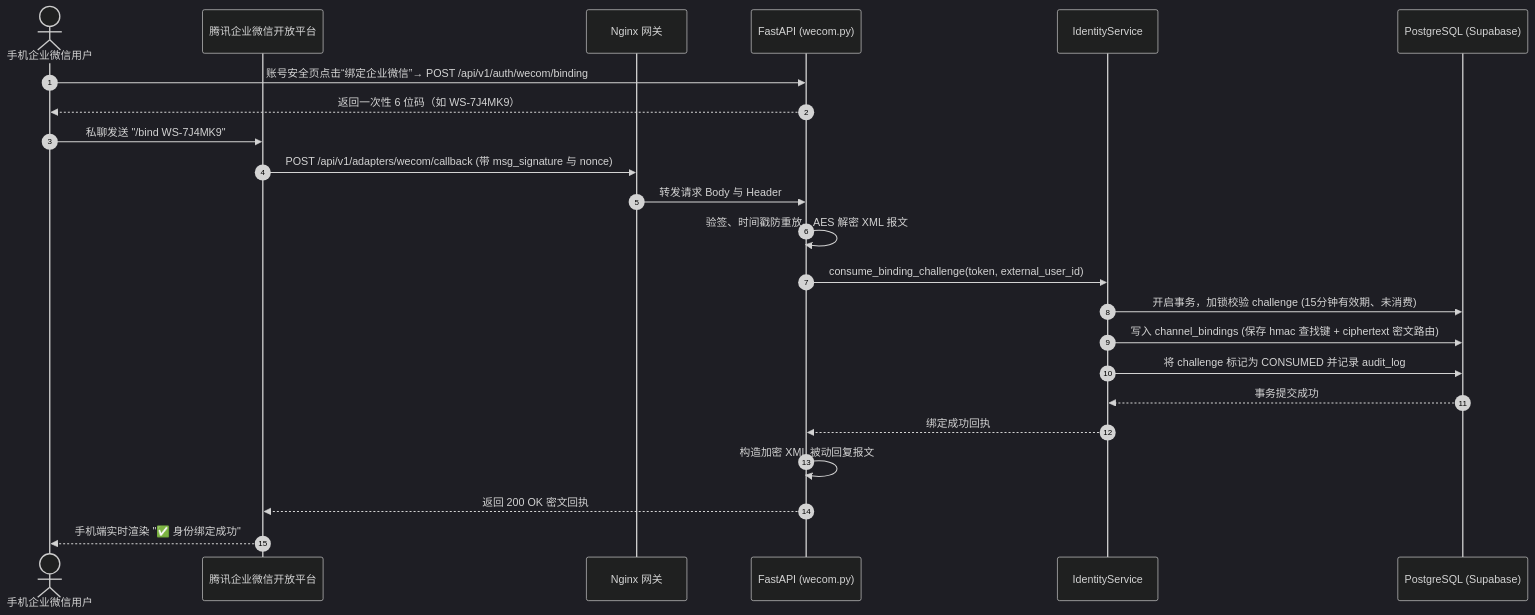
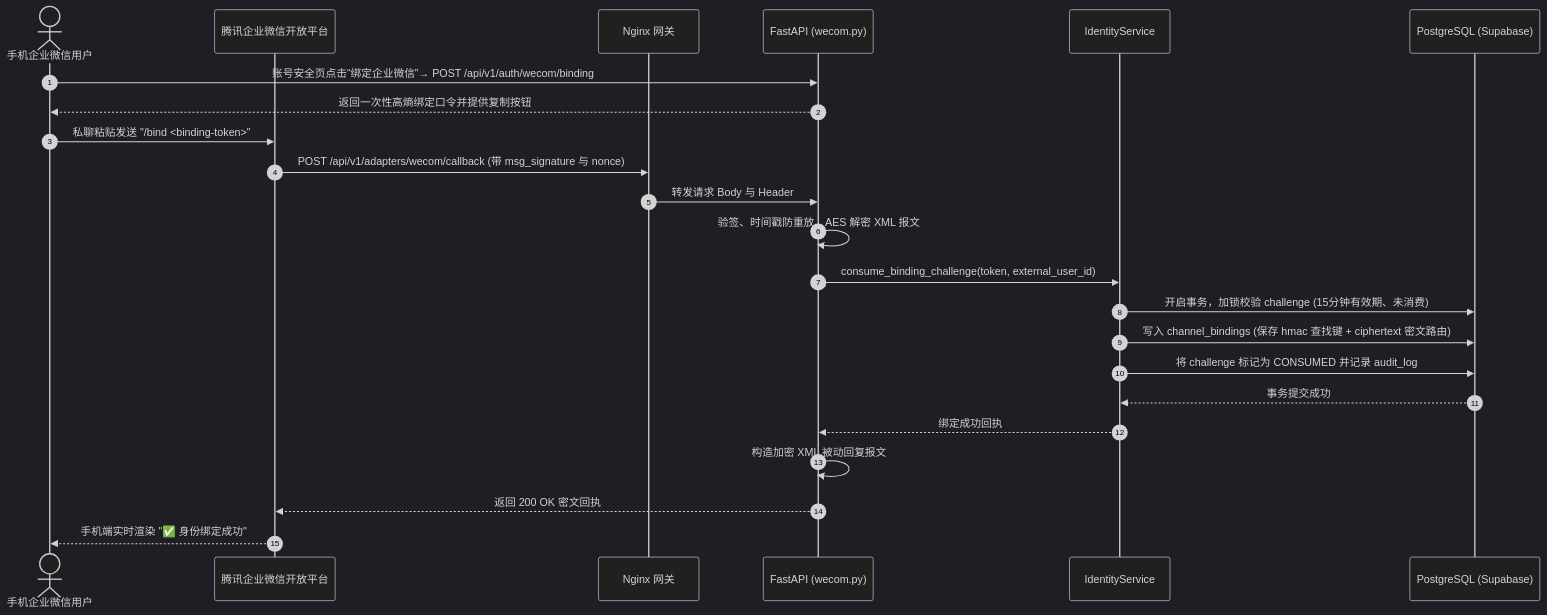
One commit to sinojelly/wealthsail changed the third of 6 diagrams in docs/10.WealthSail-MVP前后端实现与系统部署规范.md. Above: the diagram before and after it, drawn with Mermaid (dark theme). The commit also changed other lines of this file and 64 other files, not shown here.

````diff
--- a/docs/10.WealthSail-MVP前后端实现与系统部署规范.md
+++ b/docs/10.WealthSail-MVP前后端实现与系统部署规范.md
@@ -155,25 +163,25 @@
 ```mermaid
 sequenceDiagram
     autonumber
     actor WeComUser as 手机企业微信用户
     participant WeComServer as 腾讯企业微信开放平台
     participant Nginx as Nginx 网关
     participant API as FastAPI (wecom.py)
     participant Service as IdentityService
     participant DB as PostgreSQL (Supabase)
     WeComUser->>API: 账号安全页点击“绑定企业微信”→ POST /api/v1/auth/wecom/binding
-    API-->>WeComUser: 返回一次性 6 位码（如 WS-7J4MK9）
-    WeComUser->>WeComServer: 私聊发送 "/bind WS-7J4MK9"
+    API-->>WeComUser: 返回一次性高熵绑定口令并提供复制按钮
+    WeComUser->>WeComServer: 私聊粘贴发送 "/bind <binding-token>"
     WeComServer->>Nginx: POST /api/v1/adapters/wecom/callback (带 msg_signature 与 nonce)
     Nginx->>API: 转发请求 Body 与 Header
     API->>API: 验签、时间戳防重放、AES 解密 XML 报文
     API->>Service: consume_binding_challenge(token, external_user_id)
     Service->>DB: 开启事务，加锁校验 challenge (15分钟有效期、未消费)
     Service->>DB: 写入 channel_bindings (保存 hmac 查找键 + ciphertext 密文路由)
     Service->>DB: 将 challenge 标记为 CONSUMED 并记录 audit_log
     DB-->>Service: 事务提交成功
     Service-->>API: 绑定成功回执
     API->>API: 构造加密 XML 被动回复报文
     API-->>WeComServer: 返回 200 OK 密文回执
     WeComServer-->>WeComUser: 手机端实时渲染 "✅ 身份绑定成功"
 ```
````
